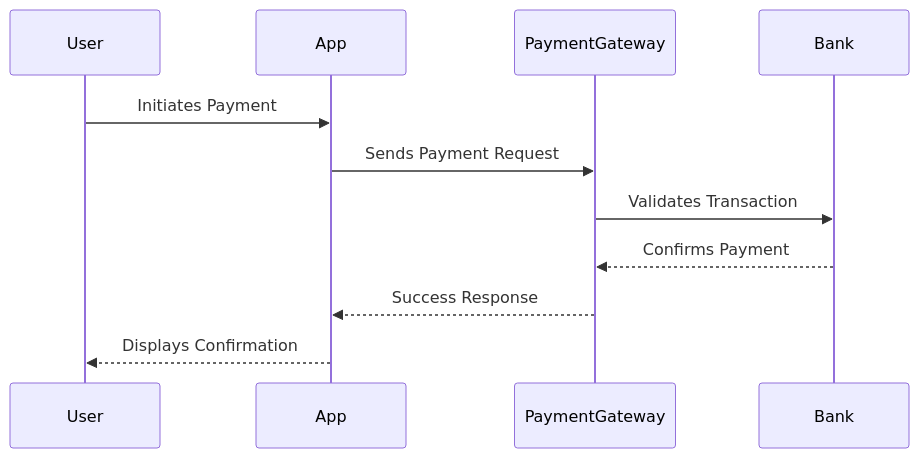
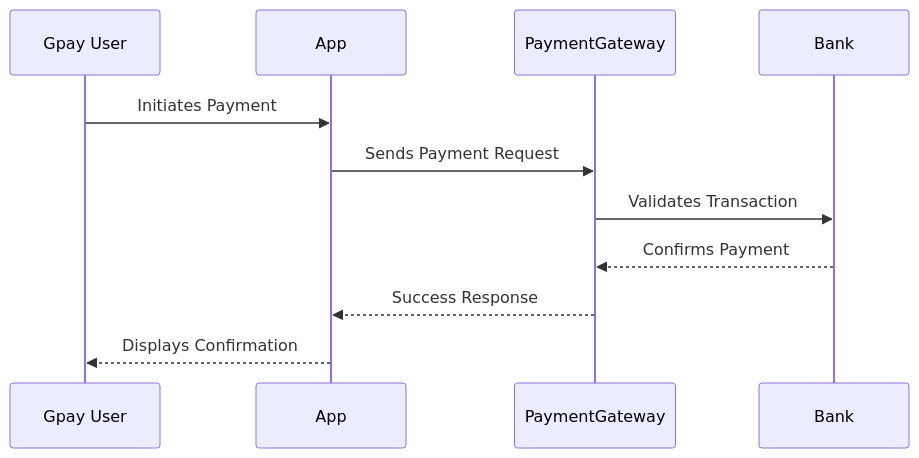
The sixth of 6 diagrams in Assignment/project.md (IIITLucknowSWEngg/CSAICSBTeam017), drawn with Mermaid before and after one commit. The commit also changed other lines of this file and 7 other files, not shown here.

Commit message:
user to gpay user

````diff
--- a/Assignment/project.md
+++ b/Assignment/project.md
@@ -138,13 +138,13 @@
 ```mermaid
 sequenceDiagram
-    participant User
+    participant Gpay User
     participant App
     participant PaymentGateway
     participant Bank
-    User->>App: Initiates Payment
+    Gpay User->>App: Initiates Payment
     App->>PaymentGateway: Sends Payment Request
     PaymentGateway->>Bank: Validates Transaction
     Bank-->>PaymentGateway: Confirms Payment
     PaymentGateway-->>App: Success Response
-    App-->>User: Displays Confirmation
+    App-->>Gpay User: Displays Confirmation
 ```
````
